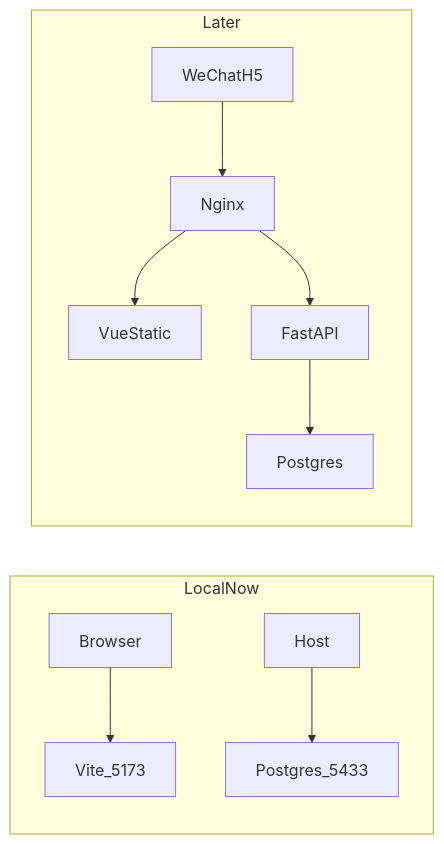
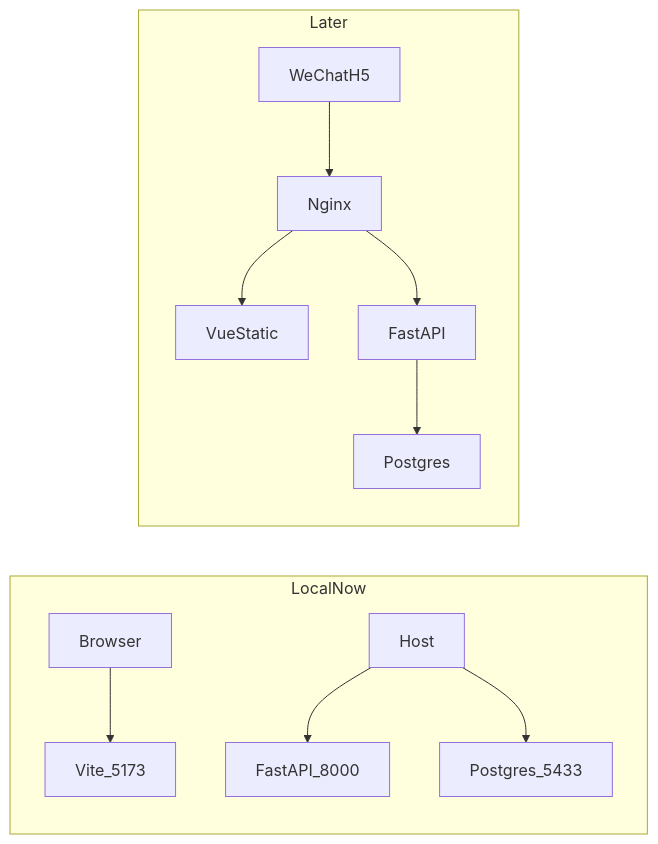
The first of 2 diagrams in README.md (XXuyucheng/activity-booking), drawn with Mermaid before and after one commit. The commit also changed other lines of this file and 83 other files, not shown here.

````diff
--- a/README.md
+++ b/README.md
@@ -38,13 +52,14 @@
 ```mermaid
 flowchart LR
   subgraph local [LocalNow]
     Browser[Browser] --> Vite[Vite_5173]
-    Dev[Host] --> Pg[Postgres_5433]
+    Dev[Host] --> Api[FastAPI_8000]
+    Dev --> Pg[Postgres_5433]
   end
   subgraph later [Later]
     Wx[WeChatH5] --> Nginx
     Nginx --> Fe[VueStatic]
     Nginx --> Be[FastAPI]
     Be --> PgProd[Postgres]
   end
 ```
````
